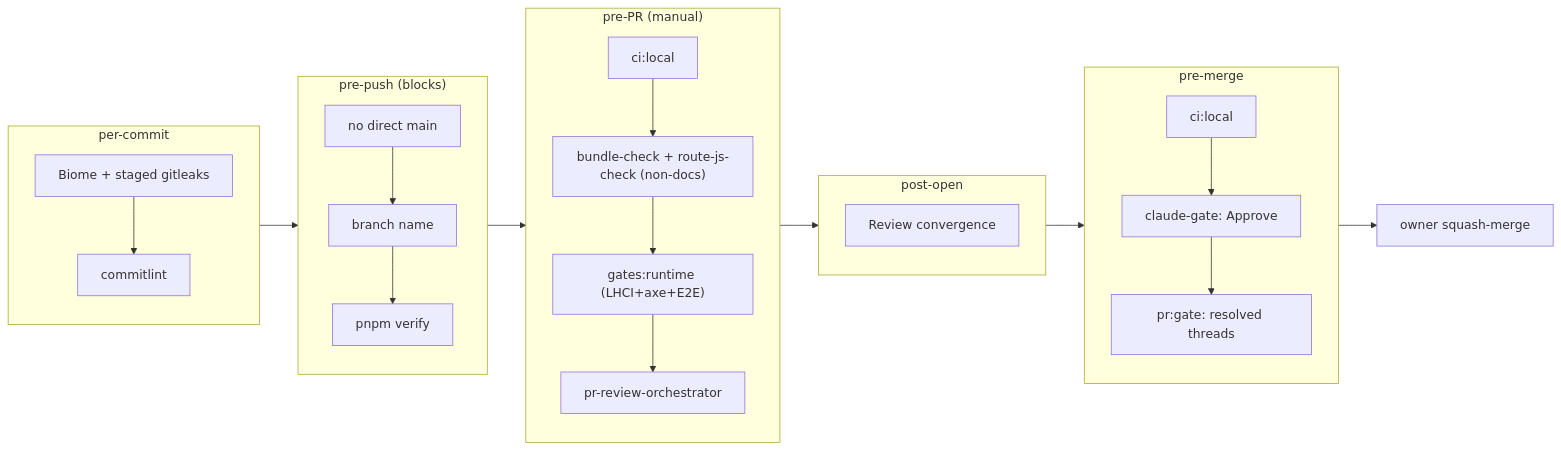
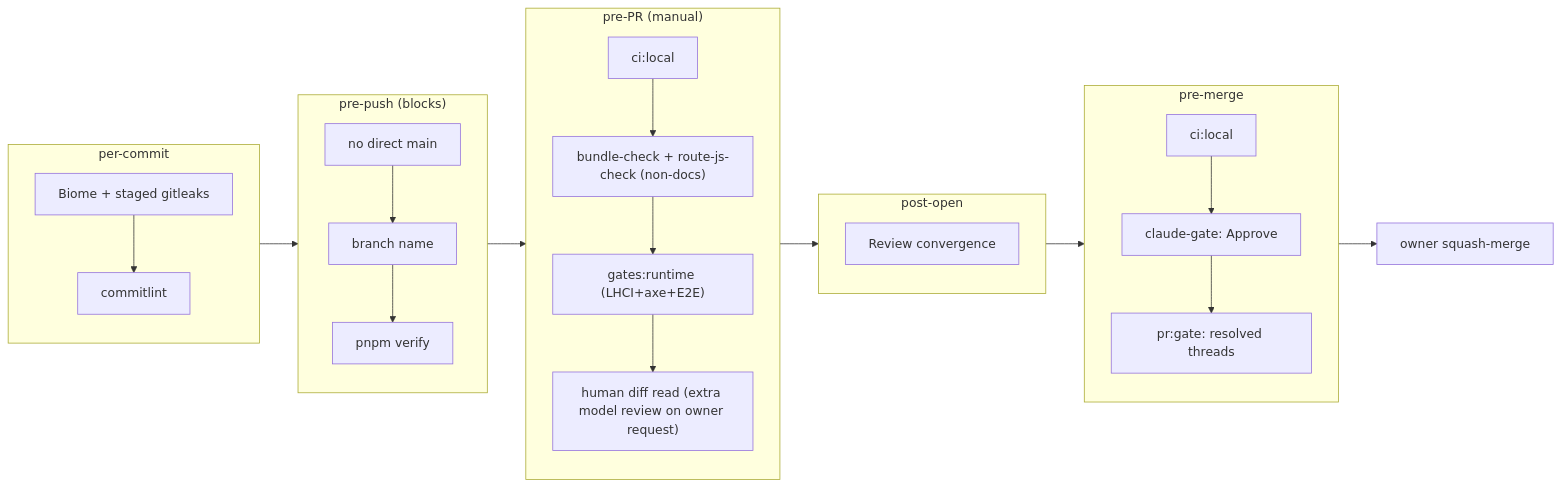
The second of 2 diagrams in docs/handbook/development-lifecycle.md (erikunha/portfolio), drawn with Mermaid before and after one commit. The commit also changed other lines of this file and 26 other files, not shown here.

First line of the commit message:
docs(sync): re-sync docs and mermaid diagrams to the redesigned chrome

````diff
--- a/docs/handbook/development-lifecycle.md
+++ b/docs/handbook/development-lifecycle.md
@@ -102,19 +102,19 @@
 ```mermaid
 flowchart LR
     subgraph commit["per-commit"]
         g1["Biome + staged gitleaks"] --> g2["commitlint"]
     end
     subgraph prepush["pre-push (blocks)"]
         g3["no direct main"] --> g4["branch name"] --> g7["pnpm verify"]
     end
     subgraph prepr["pre-PR (manual)"]
-        g8["ci:local"] --> g9["bundle-check + route-js-check (non-docs)"] --> g11["gates:runtime (LHCI+axe+E2E)"] --> g12["pr-review-orchestrator"]
+        g8["ci:local"] --> g9["bundle-check + route-js-check (non-docs)"] --> g11["gates:runtime (LHCI+axe+E2E)"] --> g12["human diff read (extra model review on owner request)"]
     end
     subgraph open["post-open"]
         g13["Review convergence"]
     end
     subgraph premerge["pre-merge"]
         g15["ci:local"] --> g17["claude-gate: Approve"] --> g18["pr:gate: resolved threads"]
     end
     commit --> prepush --> prepr --> open --> premerge --> merge["owner squash-merge"]
 ```
````
